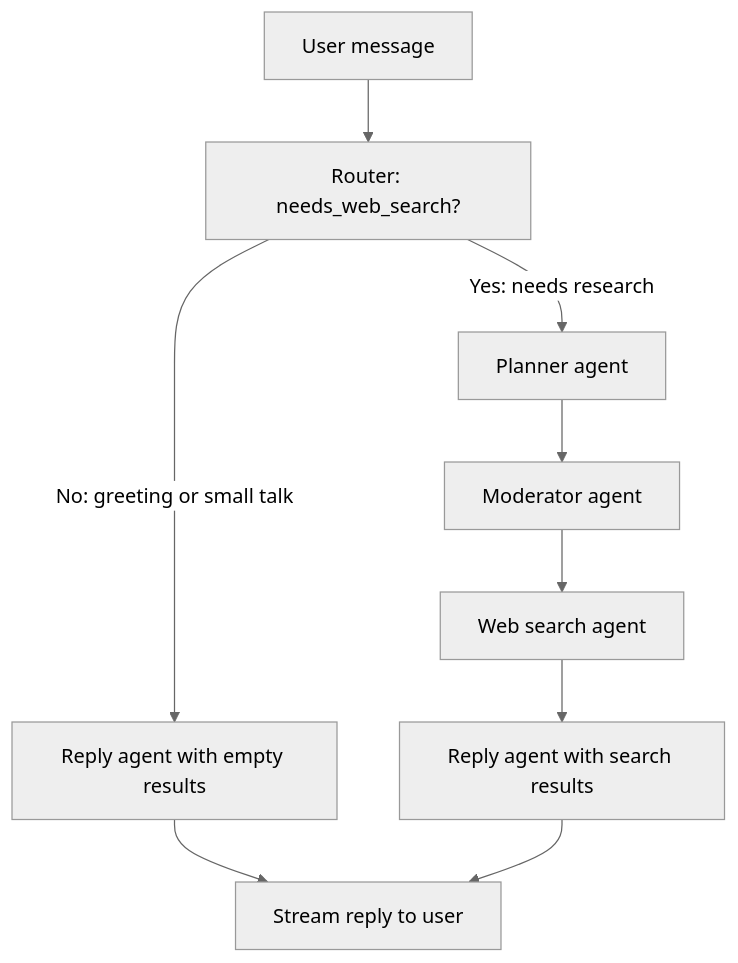
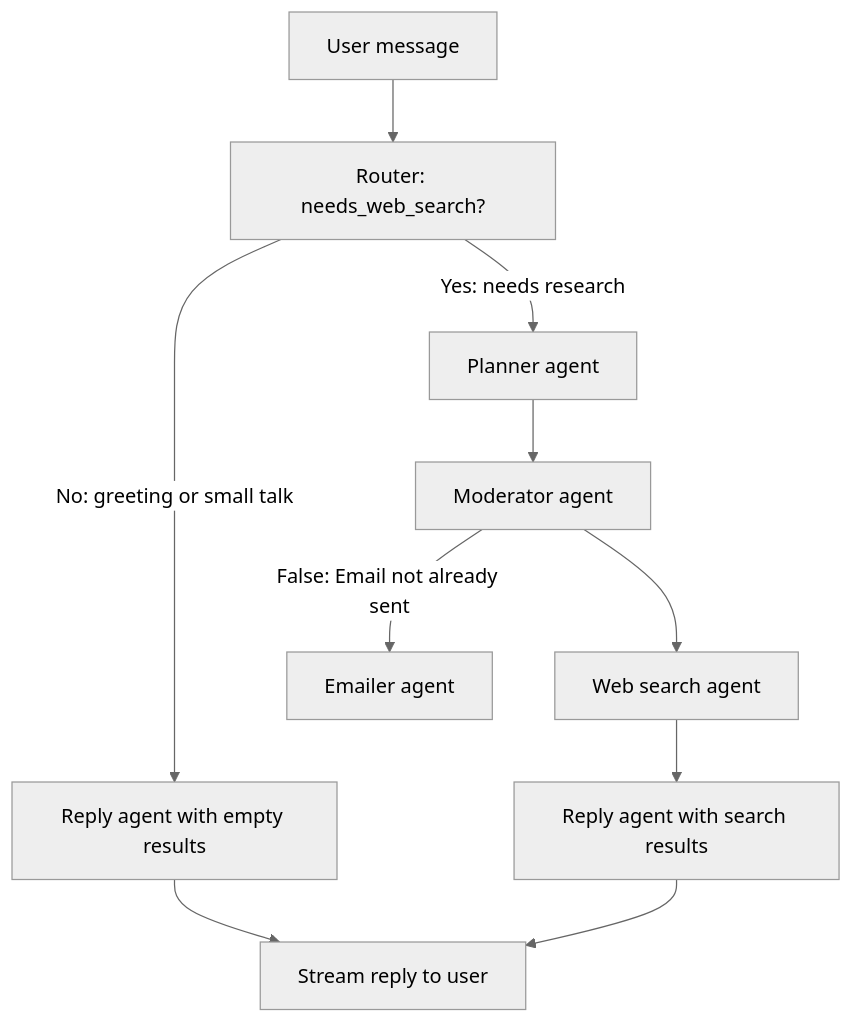
One commit to WillowSaysWhat/Rehab-Coach-Bot changed the diagram in README.md. Above: the diagram before and after it, drawn with Mermaid (neutral theme).

Commit message:
Add Emailer agent to README diagram

````diff
--- a/README.md
+++ b/README.md
@@ -47,20 +47,22 @@
 ```mermaid
 flowchart TB
     UserMsg[User message]
     Router[Router: needs_web_search?]
     SimpleReply[Reply agent with empty results]
     Plan[Planner agent]
     Moderate[Moderator agent]
+    Email[Emailer agent]
     Search[Web search agent]
     ReplyWithResults[Reply agent with search results]
     Stream[Stream reply to user]
 
     UserMsg --> Router
     Router -->|No: greeting or small talk| SimpleReply
     Router -->|Yes: needs research| Plan
     SimpleReply --> Stream
     Plan --> Moderate
+    Moderate -->|False: Email not already sent| Email
     Moderate --> Search
     Search --> ReplyWithResults
     ReplyWithResults --> Stream
 ```
````
